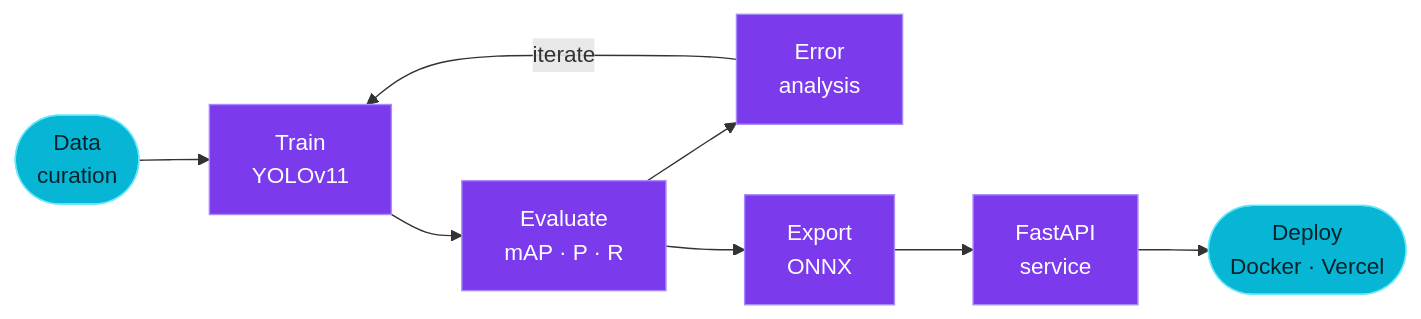
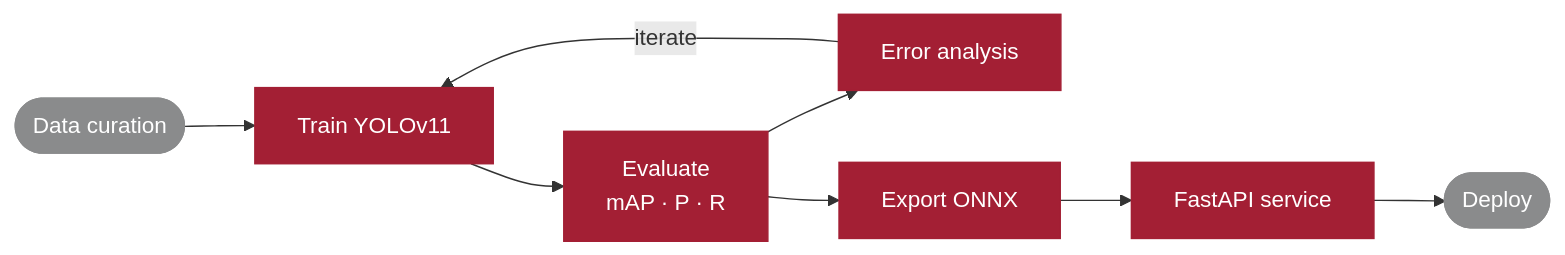
The diagram in README.md (maashg3l4/maashg3l4), drawn with Mermaid before and after one commit. The commit also changed other lines of this file, not shown here.

````diff
--- a/README.md
+++ b/README.md
@@ -44,15 +27,15 @@
 ```mermaid
 flowchart LR
-    A([Data<br/>curation]) --> B[Train<br/>YOLOv11]
+    A([Data curation]) --> B[Train YOLOv11]
     B --> C[Evaluate<br/>mAP · P · R]
-    C --> D[Error<br/>analysis]
+    C --> D[Error analysis]
     D -->|iterate| B
-    C --> E[Export<br/>ONNX]
-    E --> F[FastAPI<br/>service]
-    F --> G([Deploy<br/>Docker · Vercel])
+    C --> E[Export ONNX]
+    E --> F[FastAPI service]
+    F --> G([Deploy])
 
-    classDef core fill:#7C3AED,stroke:#A78BFA,color:#fff,stroke-width:1px;
-    classDef edge fill:#06B6D4,stroke:#67E8F9,color:#06222b,stroke-width:1px;
+    classDef core fill:#A31F34,stroke:#A31F34,color:#fff;
+    classDef edge fill:#8A8B8C,stroke:#8A8B8C,color:#fff;
     class B,C,D,E,F core;
     class A,G edge;
 ```
````
